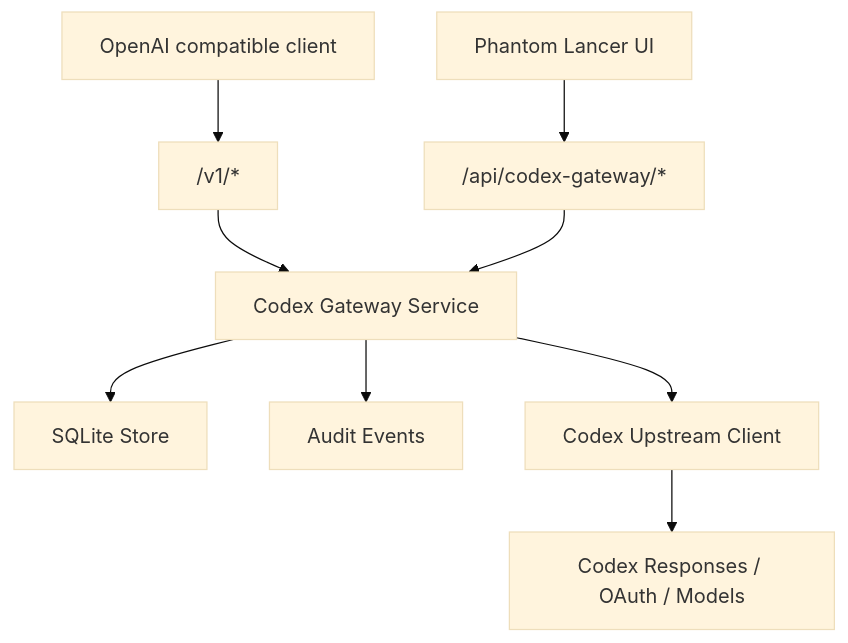
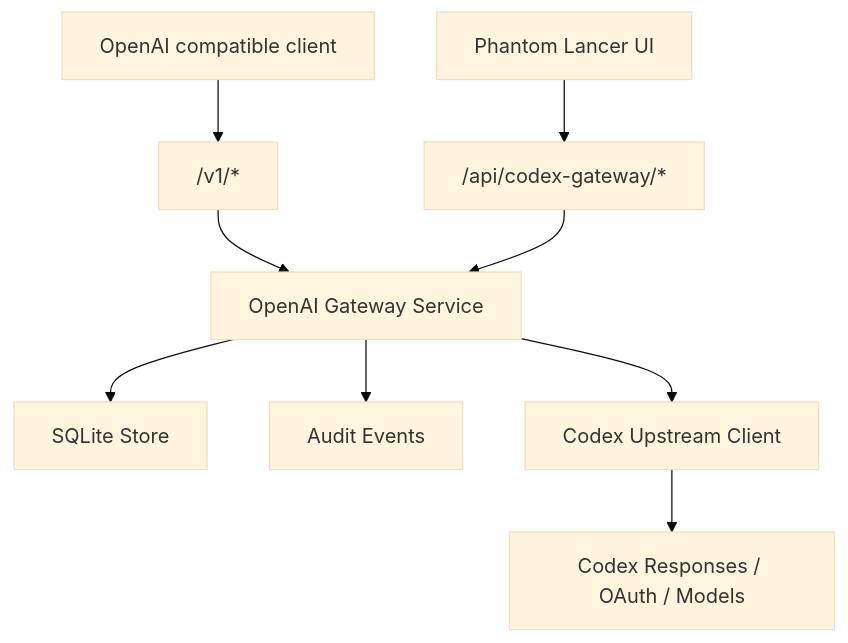
The diagram in docs/codex-openai-gateway-feature-design.md (NageNalock/phantom-lancer), drawn with Mermaid (base theme) before and after one commit. The commit also changed other lines of this file and 36 other files, not shown here.

````diff
--- a/docs/codex-openai-gateway-feature-design.md
+++ b/docs/codex-openai-gateway-feature-design.md
@@ -462,12 +464,12 @@
 ```mermaid
 flowchart TD
   PublicClient["OpenAI compatible client"] --> PublicAPI["/v1/*"]
   OwnerUI["Phantom Lancer UI"] --> AdminAPI["/api/codex-gateway/*"]
 
-  PublicAPI --> Gateway["Codex Gateway Service"]
+  PublicAPI --> Gateway["OpenAI Gateway Service"]
   AdminAPI --> Gateway
   Gateway --> Store["SQLite Store"]
   Gateway --> Audit["Audit Events"]
   Gateway --> Upstream["Codex Upstream Client"]
   Upstream --> CodexAPI["Codex Responses / OAuth / Models"]
 ```
````
